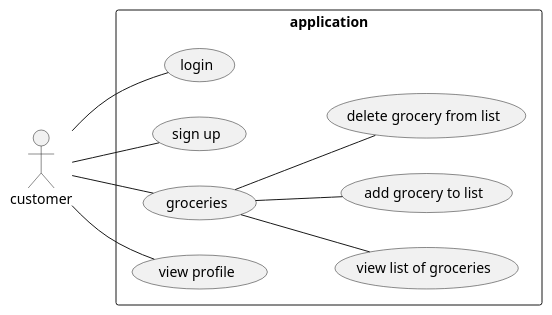
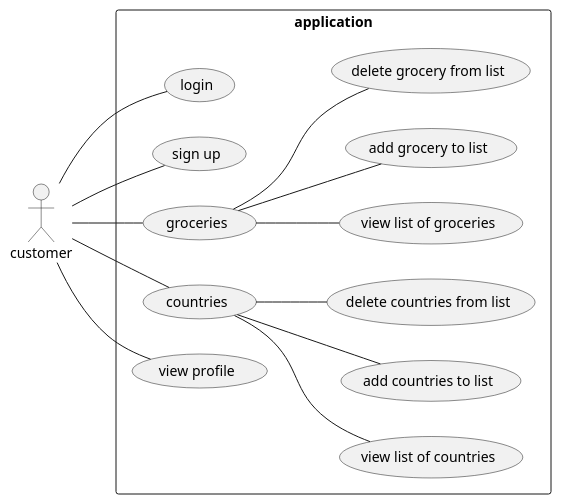
One commit to ptruta/springBootReactAppDockerFiles changed the diagram in documentation/UseCaseUML.puml. Above: the diagram before and after it, drawn with PlantUML. The commit also changed 8 other files, not shown here.

```diff
--- a/documentation/UseCaseUML.puml
+++ b/documentation/UseCaseUML.puml
@@ -1,14 +1,18 @@
 @startuml
 left to right direction
 skinparam packageStyle rectangle
 actor customer
 rectangle application {
   customer -- (login)
   customer -- (sign up)
   customer -- (groceries)
+  customer -- (countries)
   customer -- (view profile)
   (groceries) -- (view list of groceries)
   (groceries) -- (add grocery to list)
   (groceries) -- (delete grocery from list)
+  (countries) -- (view list of countries)
+  (countries) -- (add countries to list)
+  (countries) -- (delete countries from list)
 }
 @enduml
```
